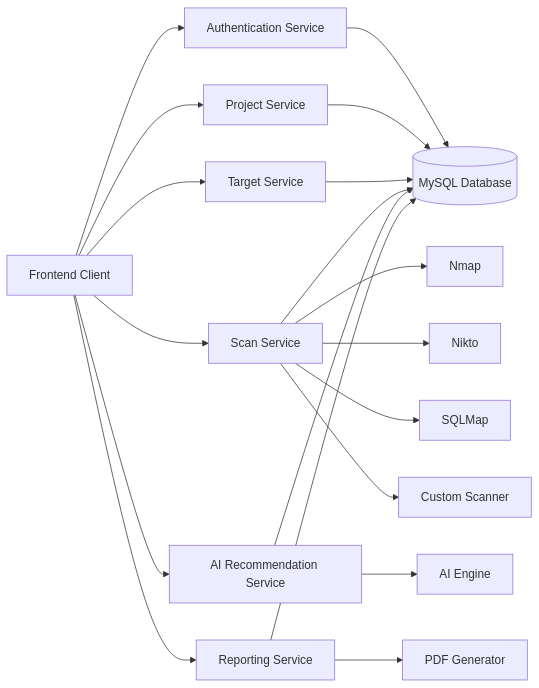
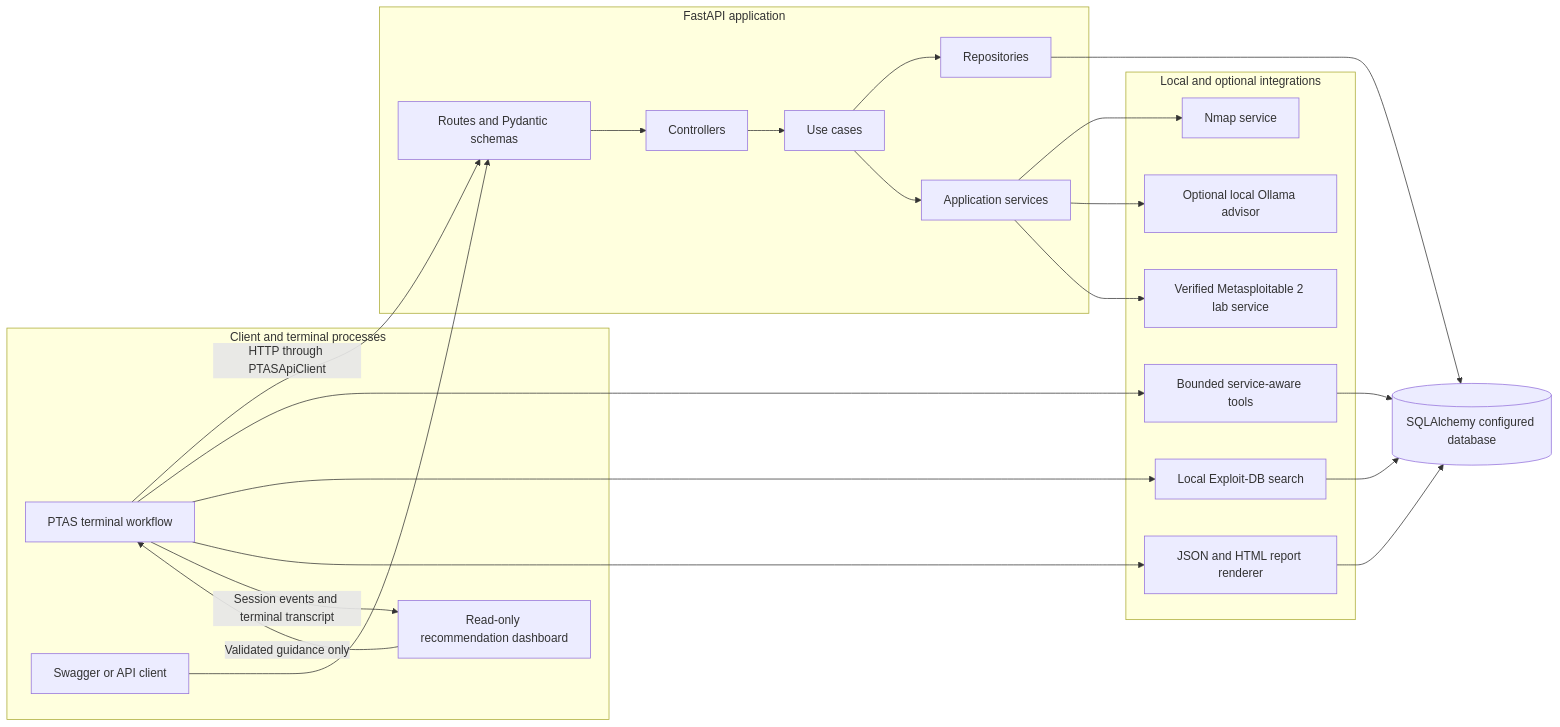
The diagram in System Architecture Flow Charts/01_Architecture/Backend_Service_Architecture.mmd (ChiragMenariyaCJ/AI-Powered-Penetration-Testing-Assist-System), drawn with Mermaid before and after one commit. The commit also changed 18 other files, not shown here.

Commit message:
Refactor mermaid code structure for improved readability and maintainability

```diff
--- a/System Architecture Flow Charts/01_Architecture/Backend_Service_Architecture.mmd
+++ b/System Architecture Flow Charts/01_Architecture/Backend_Service_Architecture.mmd
@@ -1,31 +1,46 @@
 flowchart LR
+    subgraph Clients[Client and terminal processes]
+        CLI[PTAS terminal workflow]
+        DASH[Read-only recommendation dashboard]
+        API_CLIENT[Swagger or API client]
+    end
 
-A[Frontend Client]
+    subgraph API[FastAPI application]
+        ROUTES[Routes and Pydantic schemas]
+        CONTROLLERS[Controllers]
+        USECASES[Use cases]
+        REPOSITORIES[Repositories]
+        SERVICES[Application services]
+    end
 
-A --> B[Authentication Service]
+    subgraph Integrations[Local and optional integrations]
+        NMAP[Nmap service]
+        SERVICE_TOOLS[Bounded service-aware tools]
+        EXPLOITDB[Local Exploit-DB search]
+        OLLAMA[Optional local Ollama advisor]
+        LAB[Verified Metasploitable 2 lab service]
+        REPORT_RENDERER[JSON and HTML report renderer]
+    end
 
-A --> C[Project Service]
+    DB[(SQLAlchemy configured database)]
 
-A --> D[Target Service]
+    CLI -->|HTTP through PTASApiClient| ROUTES
+    API_CLIENT --> ROUTES
+    ROUTES --> CONTROLLERS
+    CONTROLLERS --> USECASES
+    USECASES --> REPOSITORIES
+    REPOSITORIES --> DB
+    USECASES --> SERVICES
 
-A --> E[Scan Service]
+    SERVICES --> NMAP
+    SERVICES --> OLLAMA
+    SERVICES --> LAB
+    CLI --> SERVICE_TOOLS
+    CLI --> EXPLOITDB
+    CLI --> REPORT_RENDERER
+    SERVICE_TOOLS --> DB
+    EXPLOITDB --> DB
+    REPORT_RENDERER --> DB
 
-A --> F[AI Recommendation Service]
-
-A --> G[Reporting Service]
-
-B --> H[(MySQL Database)]
-C --> H
-D --> H
-E --> H
-F --> H
-G --> H
-
-E --> I[Nmap]
-E --> J[Nikto]
-E --> K[SQLMap]
-E --> L[Custom Scanner]
-
-F --> M[AI Engine]
-
-G --> N[PDF Generator]
+    CLI -->|Session events and terminal transcript| DASH
+    DASH -->|Validated guidance only| CLI
```
